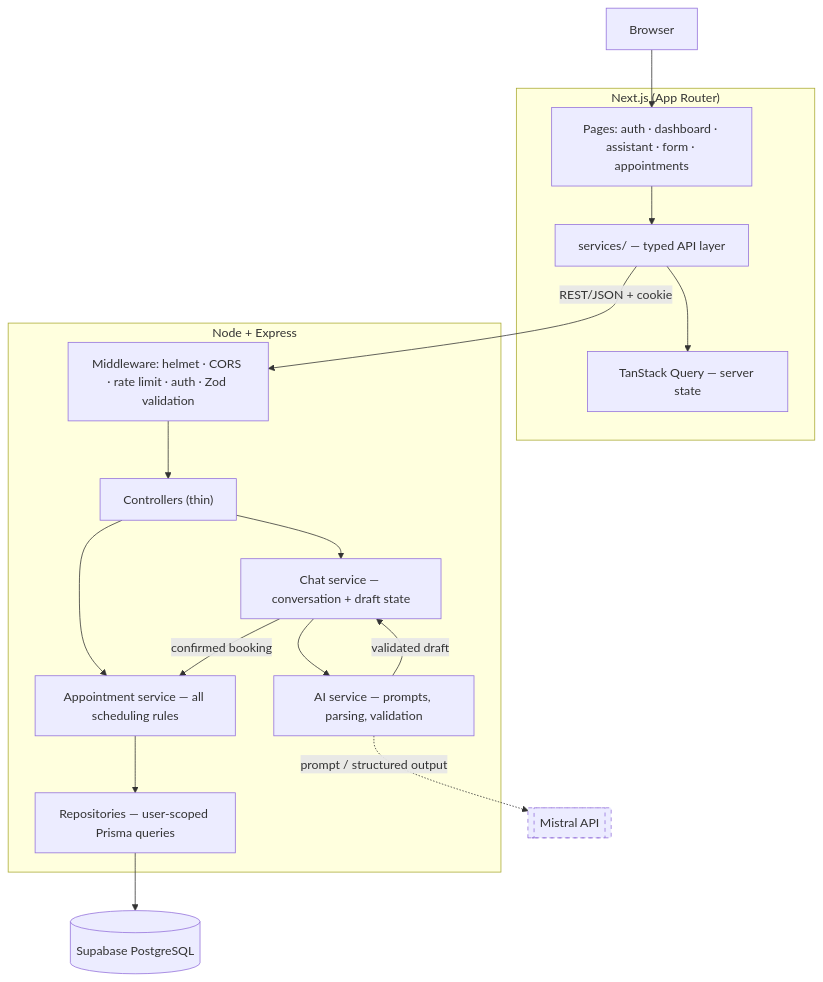
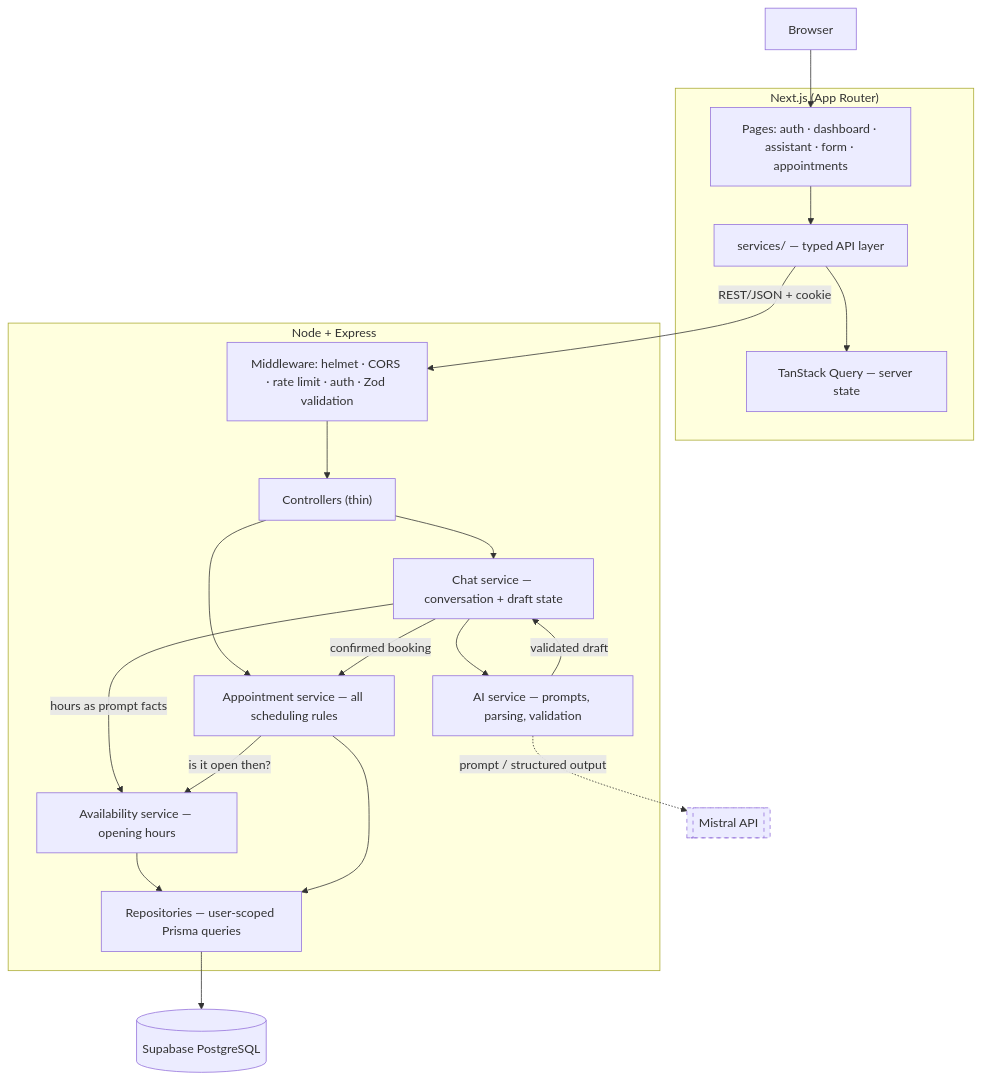
The diagram in README.md (arhumjavaid/Slotly_ai-appointment-booking), drawn with Mermaid before and after one commit. The commit also changed other lines of this file and 37 other files, not shown here.

First line of the commit message:
feat: add service types and availability management

````diff
--- a/README.md
+++ b/README.md
@@ -62,34 +63,38 @@
 ```mermaid
 flowchart TD
     Browser["Browser"]
 
     subgraph Frontend["Next.js (App Router)"]
         Pages["Pages: auth · dashboard · assistant · form · appointments"]
         Services["services/ — typed API layer"]
         Query["TanStack Query — server state"]
     end
 
     subgraph Backend["Node + Express"]
         MW["Middleware: helmet · CORS · rate limit · auth · Zod validation"]
         Controllers["Controllers (thin)"]
         AppSvc["Appointment service — all scheduling rules"]
+        AvailSvc["Availability service — opening hours"]
         ChatSvc["Chat service — conversation + draft state"]
         AISvc["AI service — prompts, parsing, validation"]
         Repos["Repositories — user-scoped Prisma queries"]
     end
 
     DB[("Supabase PostgreSQL")]
     Mistral[["Mistral API"]]
 
     Browser --> Pages --> Services --> Query
     Services -- "REST/JSON + cookie" --> MW --> Controllers
     Controllers --> AppSvc
     Controllers --> ChatSvc
     ChatSvc --> AISvc
     AISvc -. "prompt / structured output" .-> Mistral
     AISvc -- "validated draft" --> ChatSvc
     ChatSvc -- "confirmed booking" --> AppSvc
+    ChatSvc -- "hours as prompt facts" --> AvailSvc
+    AppSvc -- "is it open then?" --> AvailSvc
+    AvailSvc --> Repos
     AppSvc --> Repos --> DB
 
     style Mistral stroke-dasharray: 5 5
 ```
````
